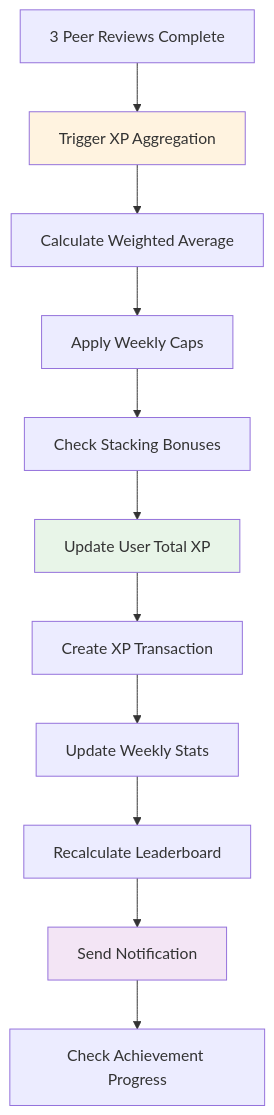
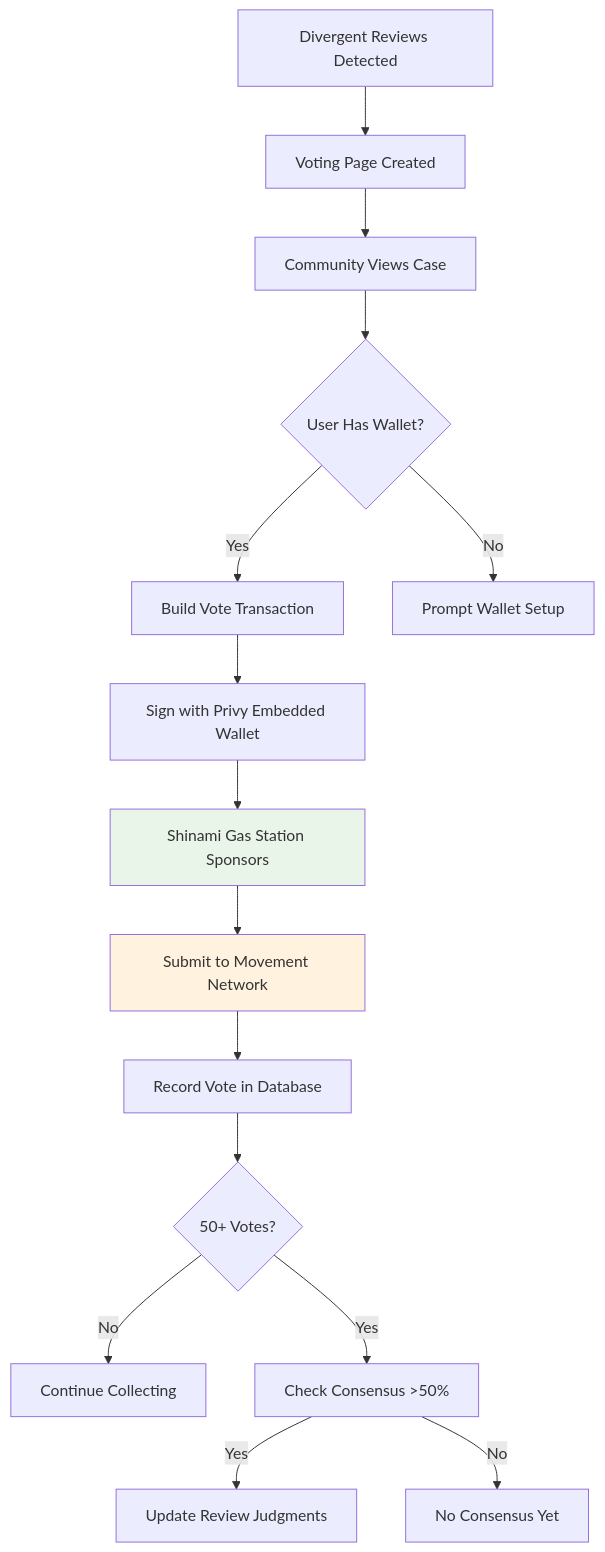
The sixth of 8 diagrams in ARCHITECTURE.md (dimzachar/ScholarsXP), drawn with Mermaid before and after one commit. The commit also changed other lines of this file, not shown here.

First line of the commit message:
docs: update architecture documentation with blockchain and wallet integration

````diff
--- a/ARCHITECTURE.md
+++ b/ARCHITECTURE.md
@@ -453,17 +298,20 @@
 ```mermaid
 flowchart TD
-    A[3 Peer Reviews Complete] --> B[Trigger XP Aggregation]
-    B --> C[Calculate Weighted Average]
-    C --> D[Apply Weekly Caps]
-    D --> E[Check Stacking Bonuses]
-    E --> F[Update User Total XP]
-    F --> G[Create XP Transaction]
-    G --> H[Update Weekly Stats]
-    H --> I[Recalculate Leaderboard]
-    I --> J[Send Notification]
-    J --> K[Check Achievement Progress]
+    A[Divergent Reviews Detected] --> B[Voting Page Created]
+    B --> C[Community Views Case]
+    C --> D{User Has Wallet?}
+    D -->|Yes| E[Build Vote Transaction]
+    D -->|No| F[Prompt Wallet Setup]
+    E --> G[Sign with Privy Embedded Wallet]
+    G --> H[Shinami Gas Station Sponsors]
+    H --> I[Submit to Movement Network]
+    I --> J[Record Vote in Database]
+    J --> K{50+ Votes?}
+    K -->|No| L[Continue Collecting]
+    K -->|Yes| M[Check Consensus >50%]
+    M -->|Yes| N[Update Review Judgments]
+    M -->|No| O[No Consensus Yet]
     
-    style B fill:#fff3e0
-    style F fill:#e8f5e8
-    style J fill:#f3e5f5
+    style H fill:#e8f5e8
+    style I fill:#fff3e0
 ```
````
